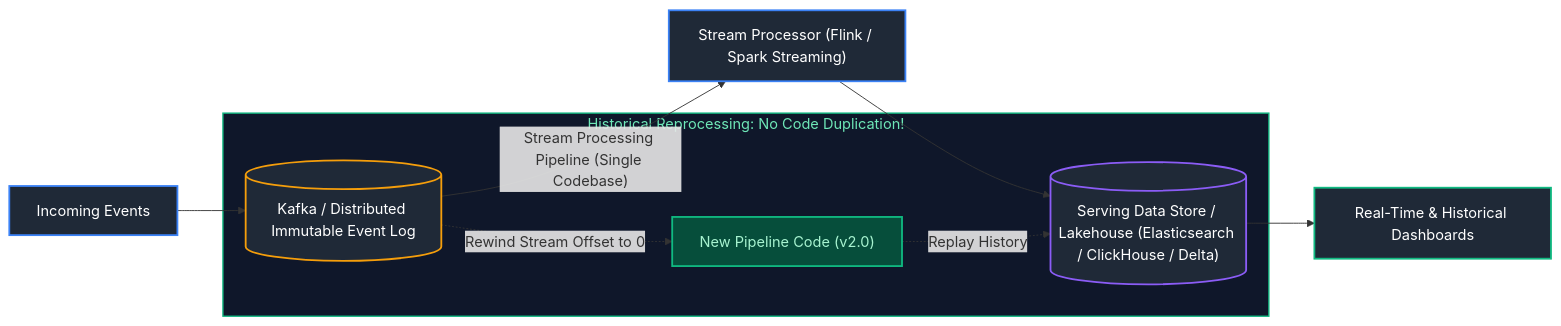
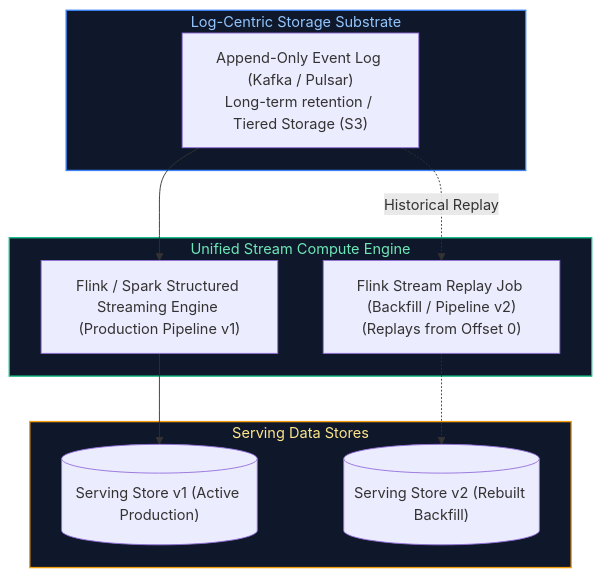
Before and after one commit to joydeep-biswas/Interview-Preparation: the sixth of 30 diagrams in Data Engineering/06_data_architecture_and_modeling.md, drawn with Mermaid. The commit also changed other lines of this file and 143 other files, not shown here.

````diff
--- a/Data Engineering/06_data_architecture_and_modeling.md
+++ b/Data Engineering/06_data_architecture_and_modeling.md
@@ -284,21 +332,23 @@
 ```mermaid
-flowchart LR
-    EventStream["Incoming Events"] --> LogStorage[("Kafka / Distributed Immutable Event Log")]
-    LogStorage -->|"Stream Processing Pipeline (Single Codebase)"| Processor["Stream Processor (Flink / Spark Streaming)"]
-    Processor --> ServingView[("Serving Data Store / Lakehouse (Elasticsearch / ClickHouse / Delta)")]
-    ServingView --> Analytics[Real-Time & Historical Dashboards]
-
-    subgraph Reprocessing ["Historical Reprocessing: No Code Duplication!"]
-        LogStorage -.->|Rewind Stream Offset to 0| NewProcessor["New Pipeline Code (v2.0)"]
-        NewProcessor -.->|Replay History| ServingView
+flowchart TD
+    subgraph StreamLog ["Log-Centric Storage Substrate"]
+        KafkaLog["Append-Only Event Log (Kafka / Pulsar)<br/>Long-term retention / Tiered Storage (S3)"]
     end
 
-    style Reprocessing fill:#0f172a,stroke:#10b981,stroke-width:1.5px,color:#6ee7b7
+    subgraph SingleCompute ["Unified Stream Compute Engine"]
+        FlinkJobV1["Flink / Spark Structured Streaming Engine (Production Pipeline v1)"]
+        FlinkJobV2["Flink Stream Replay Job (Backfill / Pipeline v2)<br/>(Replays from Offset 0)"]
+    end
 
-    style EventStream fill:#1f2937,stroke:#3b82f6,stroke-width:2px,color:#fff
-    style LogStorage fill:#1f2937,stroke:#f59e0b,stroke-width:2px,color:#fff
-    style Processor fill:#1f2937,stroke:#3b82f6,stroke-width:2px,color:#fff
-    style ServingView fill:#1f2937,stroke:#8b5cf6,stroke-width:2px,color:#fff
-    style Analytics fill:#1f2937,stroke:#10b981,stroke-width:2px,color:#fff
-    style NewProcessor fill:#064e3b,stroke:#10b981,stroke-width:2px,color:#a7f3d0
+    subgraph ServingStores ["Serving Data Stores"]
+        LiveView[("Serving Store v1 (Active Production)")]
+        ReplayView[("Serving Store v2 (Rebuilt Backfill)")]
+    end
+
+    KafkaLog --> FlinkJobV1 --> LiveView
+    KafkaLog -.->|"Historical Replay"| FlinkJobV2 -.-> ReplayView
+
+    style StreamLog fill:#0f172a,stroke:#3b82f6,stroke-width:1.5px,color:#93c5fd
+    style SingleCompute fill:#0f172a,stroke:#10b981,stroke-width:1.5px,color:#6ee7b7
+    style ServingStores fill:#0f172a,stroke:#f59e0b,stroke-width:1.5px,color:#fde68a
 ```
````
